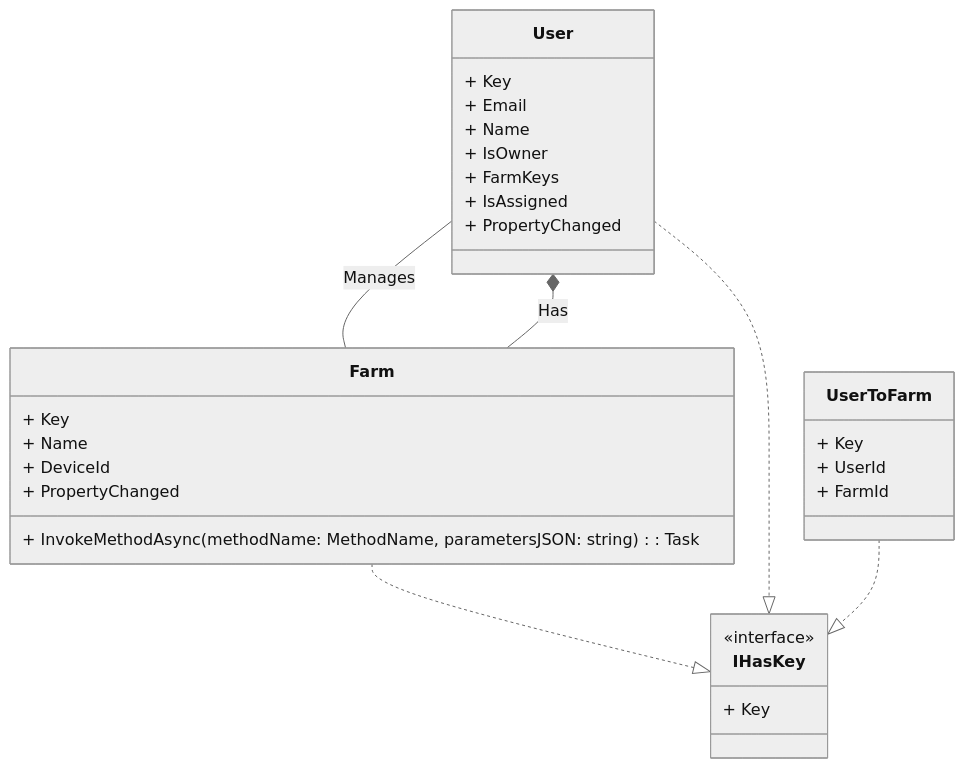
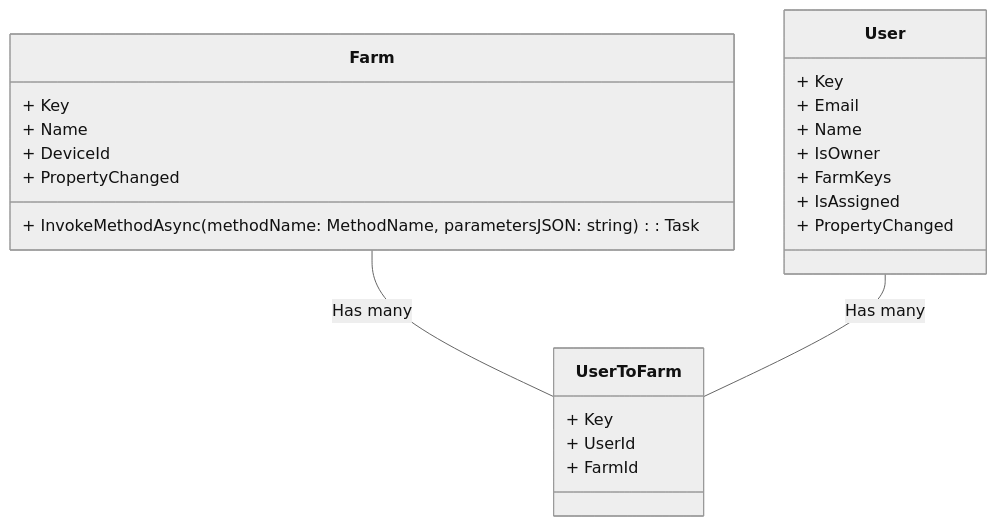
One commit to carsonSgit/CropCare changed the diagram in Documents/UML/UML_farm_user.mmd. Above: the diagram before and after it, drawn with Mermaid (neutral theme).

Commit message:
Input updated diagram

```diff
--- a/Documents/UML/UML_farm_user.mmd
+++ b/Documents/UML/UML_farm_user.mmd
@@ -1,32 +1,24 @@
 classDiagram
     class Farm {
         + Key
         + Name
         + DeviceId
         + PropertyChanged
         + InvokeMethodAsync(methodName: MethodName, parametersJSON: string): Task
     }
     class User {
         + Key
         + Email
         + Name
         + IsOwner
         + FarmKeys
         + IsAssigned
         + PropertyChanged
     }
     class UserToFarm {
         + Key
         + UserId
         + FarmId
     }
-    class IHasKey {
-        <<interface>>
-        + Key
-    }
-
-    Farm ..|> IHasKey
-    User ..|> IHasKey
-    UserToFarm ..|> IHasKey
-    User -- Farm : Manages
-    User *-- Farm : Has
+    Farm -- UserToFarm : Has many
+    User -- UserToFarm : Has many
```
